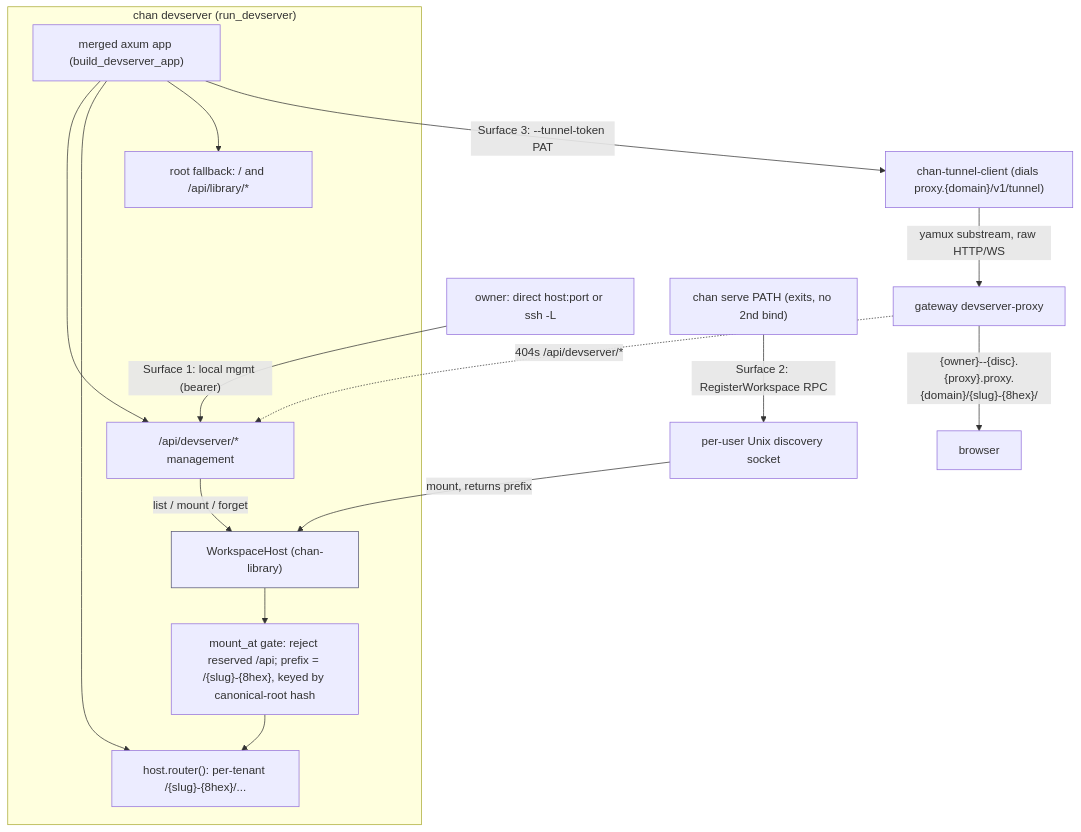
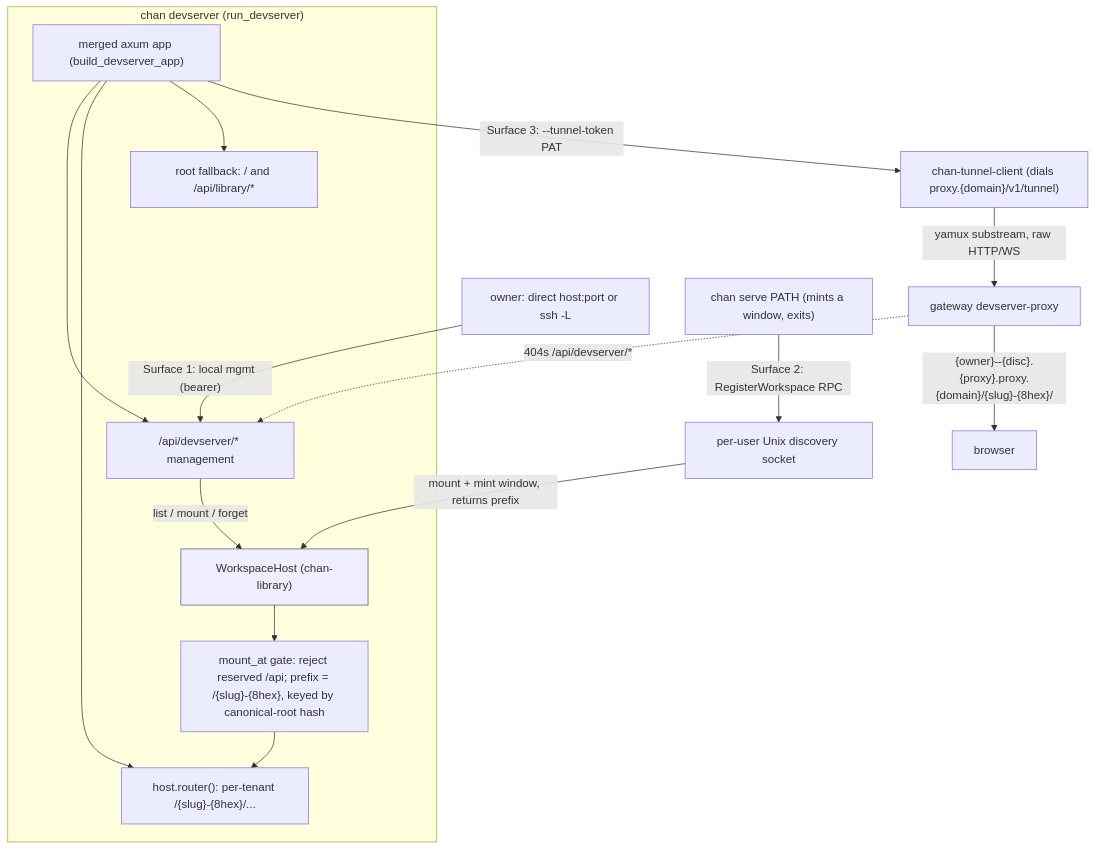
The second of 2 diagrams in design.md (fiorix/chan), drawn with Mermaid before and after one commit. The commit also changed other lines of this file and 1 other file, not shown here.

Commit message:
docs: record the v0.98.0 changes and the serve window contract
CHANGELOG gains an Unreleased section covering the round's four
items: the deck seed that teaches page breaks, the retired cs link
card, the editor table grid that keeps empty cells, and the serve
window contract.

design.md's devserver section said a `chan serve PATH` registers its
workspace and exits. Registration is conjunctive now, mounting the
workspace and minting one window for it, and it declines before the
mount when no window registry is available. The discovery bullet,
the diagram node and its edge label, and the standalone paragraph
say so.

The table entry names which fixtures are pinned against
renderMarkdown and which are pinned to their existing widths,
because ragged rows deliberately have no export parity: the export
normalizes them to the header width.

````diff
--- a/design.md
+++ b/design.md
@@ -155,26 +155,26 @@
 ```mermaid
 flowchart TB
   subgraph DV["chan devserver (run_devserver)"]
     Host["WorkspaceHost (chan-library)"]
     Gate["mount_at gate: reject reserved /api; prefix = /{slug}-{8hex}, keyed by canonical-root hash"]
     App["merged axum app (build_devserver_app)"]
     Mgmt["/api/devserver/* management"]
     Tenants["host.router(): per-tenant /{slug}-{8hex}/..."]
     Launcher["root fallback: / and /api/library/*"]
     Host --> Gate
     Gate --> Tenants
     App --> Mgmt
     App --> Tenants
     App --> Launcher
   end
   Owner["owner: direct host:port or ssh -L"] -->|"Surface 1: local mgmt (bearer)"| Mgmt
   Mgmt -->|"list / mount / forget"| Host
-  CLI["chan serve PATH (exits, no 2nd bind)"] -->|"Surface 2: RegisterWorkspace RPC"| Disc["per-user Unix discovery socket"]
-  Disc -->|"mount, returns prefix"| Host
+  CLI["chan serve PATH (mints a window, exits)"] -->|"Surface 2: RegisterWorkspace RPC"| Disc["per-user Unix discovery socket"]
+  Disc -->|"mount + mint window, returns prefix"| Host
   App -->|"Surface 3: --tunnel-token PAT"| Tun["chan-tunnel-client (dials proxy.{domain}/v1/tunnel)"]
   Tun -->|"yamux substream, raw HTTP/WS"| Proxy["gateway devserver-proxy"]
   Proxy -->|"{owner}--{disc}.{proxy}.proxy.{domain}/{slug}-{8hex}/"| Browser["browser"]
   Proxy -.->|"404s /api/devserver/*"| Mgmt
   classDef core fill:#eef,stroke:#557;
   class Host core;
 ```
````
